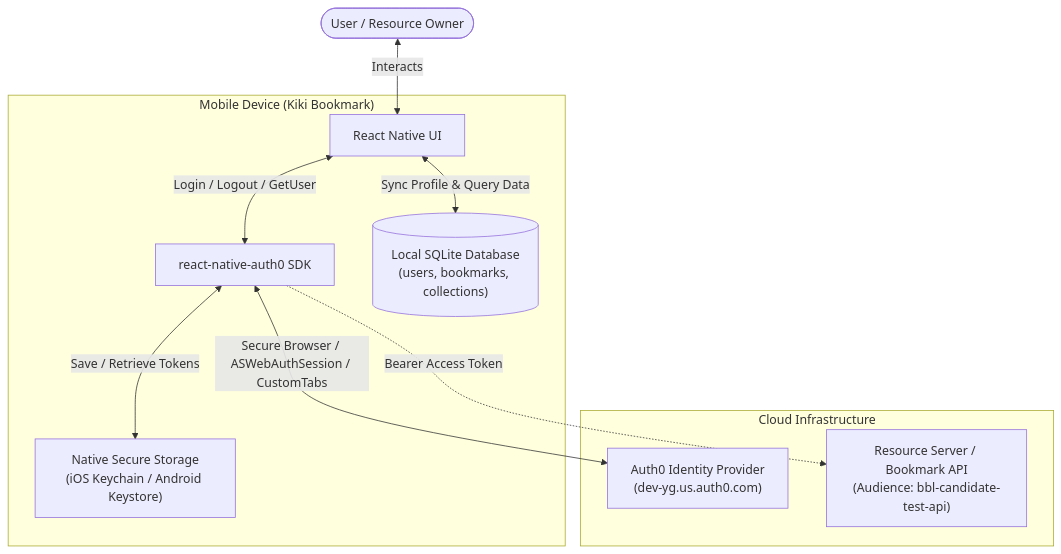
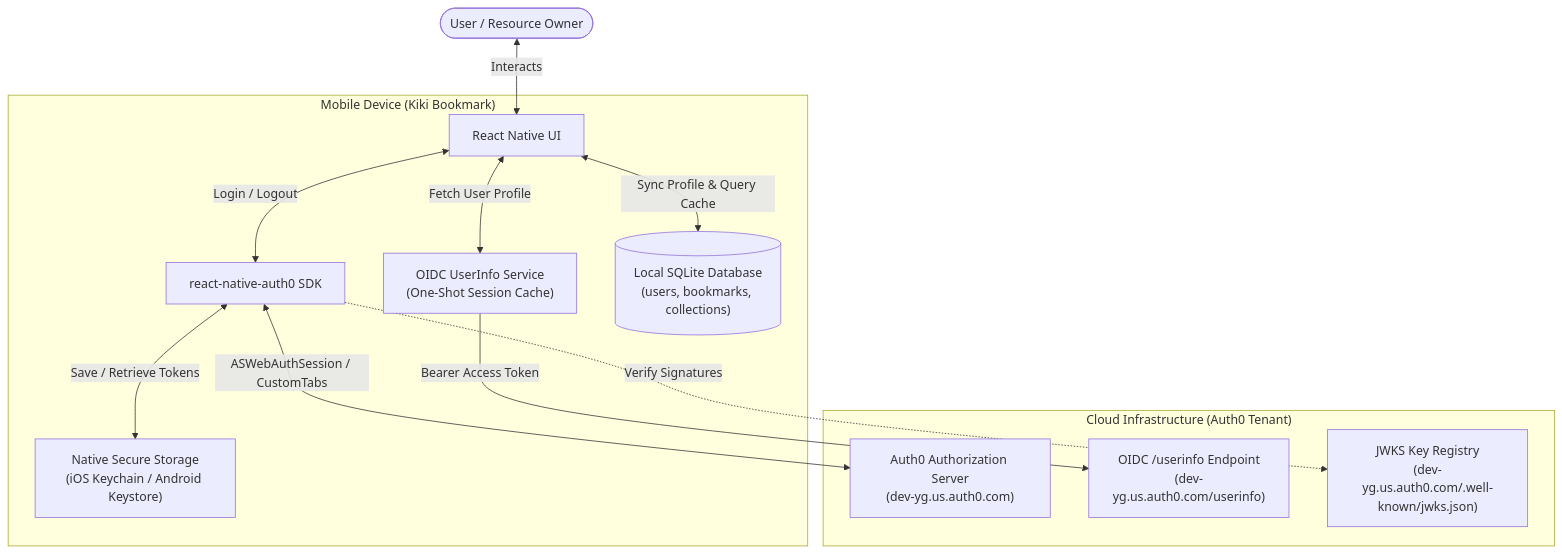
One commit to zeemyself/kiki-bookmark changed the first of 5 diagrams in AUTH_DESIGN.md. Above: the diagram before and after it, drawn with Mermaid. The commit also changed other lines of this file and 4 other files, not shown here.

````diff
--- a/AUTH_DESIGN.md
+++ b/AUTH_DESIGN.md
@@ -31,22 +33,26 @@
 ```mermaid
 flowchart TD
     User([User / Resource Owner])
     subgraph MobileDevice ["Mobile Device (Kiki Bookmark)"]
         UI[React Native UI]
         Auth0SDK["react-native-auth0 SDK"]
+        UserInfoService["OIDC UserInfo Service\n(One-Shot Session Cache)"]
         SecureStore["Native Secure Storage\n(iOS Keychain / Android Keystore)"]
         SQLite[("Local SQLite Database\n(users, bookmarks, collections)")]
     end
     
-    subgraph CloudServices ["Cloud Infrastructure"]
-        Auth0Server["Auth0 Identity Provider\n(dev-yg.us.auth0.com)"]
-        BackendAPI["Resource Server / Bookmark API\n(Audience: bbl-candidate-test-api)"]
+    subgraph CloudServices ["Cloud Infrastructure (Auth0 Tenant)"]
+        Auth0Server["Auth0 Authorization Server\n(dev-yg.us.auth0.com)"]
+        UserInfoEndpoint["OIDC /userinfo Endpoint\n(dev-yg.us.auth0.com/userinfo)"]
+        JWKSEndpoint["JWKS Key Registry\n(dev-yg.us.auth0.com/.well-known/jwks.json)"]
     end
 
     User <-->|Interacts| UI
-    UI <-->|Login / Logout / GetUser| Auth0SDK
-    Auth0SDK <-->|Secure Browser / ASWebAuthSession / CustomTabs| Auth0Server
+    UI <-->|Login / Logout| Auth0SDK
+    Auth0SDK <-->|ASWebAuthSession / CustomTabs| Auth0Server
     Auth0SDK <-->|Save / Retrieve Tokens| SecureStore
-    UI <-->|Sync Profile & Query Data| SQLite
-    Auth0SDK -.->|Bearer Access Token| BackendAPI
+    UI <-->|Fetch User Profile| UserInfoService
+    UserInfoService -->|Bearer Access Token| UserInfoEndpoint
+    UI <-->|Sync Profile & Query Cache| SQLite
+    Auth0SDK -.->|Verify Signatures| JWKSEndpoint
 ```
````
